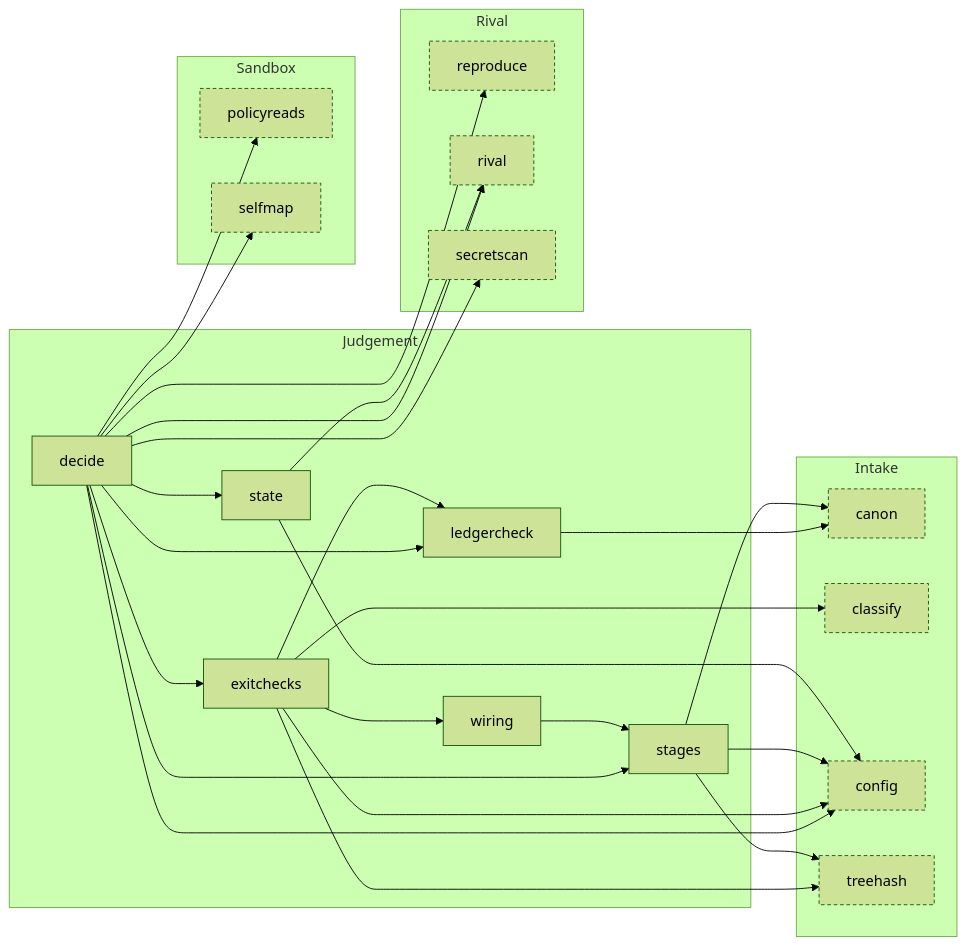
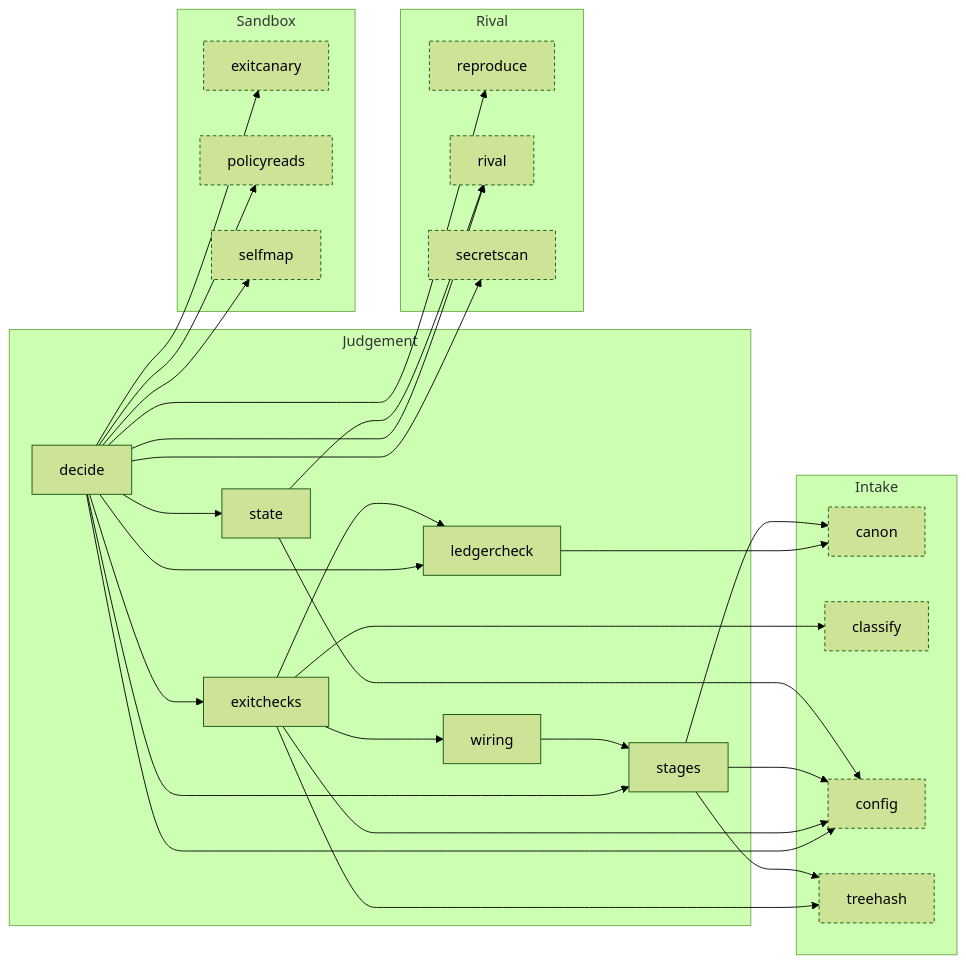
Before and after one commit to Okan-wqm/snowball-mcp: the seventh of 8 diagrams in docs/harita.md, drawn with Mermaid (forest theme). The commit also changed other lines of this file and 19 other files, not shown here.

````diff
--- a/docs/harita.md
+++ b/docs/harita.md
@@ -345,49 +356,51 @@
 ```mermaid
 flowchart LR
   subgraph a_Judgement["Judgement"]
     m_decide["decide"]
     m_exitchecks["exitchecks"]
     m_ledgercheck["ledgercheck"]
     m_stages["stages"]
     m_state["state"]
     m_wiring["wiring"]
   end
   subgraph a_Intake["Intake"]
     m_canon["canon"]:::outside
     m_classify["classify"]:::outside
     m_config["config"]:::outside
     m_treehash["treehash"]:::outside
   end
   subgraph a_Rival["Rival"]
     m_reproduce["reproduce"]:::outside
     m_rival["rival"]:::outside
     m_secretscan["secretscan"]:::outside
   end
   subgraph a_Sandbox["Sandbox"]
+    m_exitcanary["exitcanary"]:::outside
     m_policyreads["policyreads"]:::outside
     m_selfmap["selfmap"]:::outside
   end
   m_decide --> m_config
+  m_decide --> m_exitcanary
   m_decide --> m_exitchecks
   m_decide --> m_ledgercheck
   m_decide --> m_policyreads
   m_decide --> m_reproduce
   m_decide --> m_rival
   m_decide --> m_secretscan
   m_decide --> m_selfmap
   m_decide --> m_stages
   m_decide --> m_state
   m_exitchecks --> m_classify
   m_exitchecks --> m_config
   m_exitchecks --> m_ledgercheck
   m_exitchecks --> m_treehash
   m_exitchecks --> m_wiring
   m_ledgercheck --> m_canon
   m_stages --> m_canon
   m_stages --> m_config
   m_stages --> m_treehash
   m_state --> m_config
   m_state --> m_rival
   m_wiring --> m_stages
   classDef outside stroke-dasharray: 4 3
 ```
````
